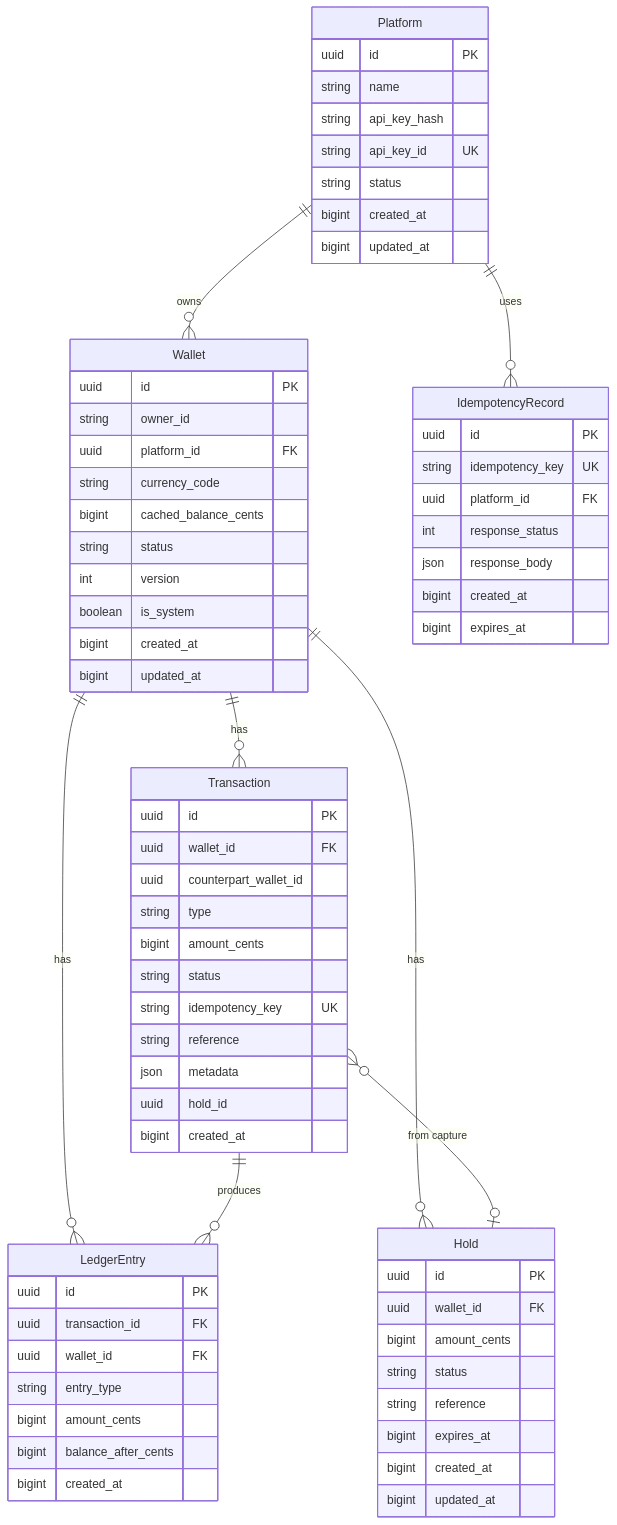
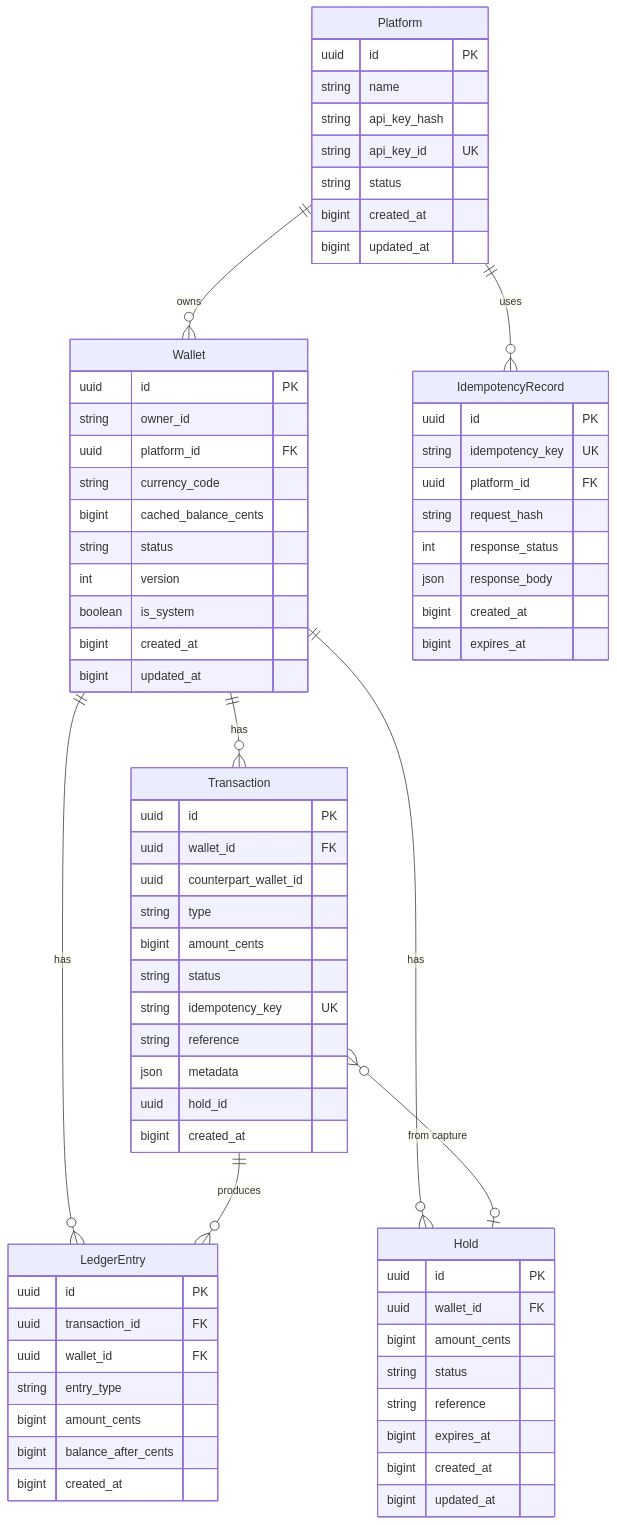
The diagram in docs/datamodel.md (danielsamaniego/wallet), drawn with Mermaid before and after one commit. The commit also changed other lines of this file and 6 other files, not shown here.

````diff
--- a/docs/datamodel.md
+++ b/docs/datamodel.md
@@ -9,78 +9,79 @@
 ```mermaid
 erDiagram
     Platform ||--o{ Wallet : owns
     Wallet ||--o{ Transaction : has
     Wallet ||--o{ LedgerEntry : has
     Wallet ||--o{ Hold : has
     Transaction ||--o{ LedgerEntry : produces
     Transaction }o--o| Hold : "from capture"
     Platform ||--o{ IdempotencyRecord : uses
 
     Platform {
         uuid id PK
         string name
         string api_key_hash
         string api_key_id UK
         string status
         bigint created_at
         bigint updated_at
     }
 
     Wallet {
         uuid id PK
         string owner_id
         uuid platform_id FK
         string currency_code
         bigint cached_balance_cents
         string status
         int version
         boolean is_system
         bigint created_at
         bigint updated_at
     }
 
     Transaction {
         uuid id PK
         uuid wallet_id FK
         uuid counterpart_wallet_id
         string type
         bigint amount_cents
         string status
         string idempotency_key UK
         string reference
         json metadata
         uuid hold_id
         bigint created_at
     }
 
     LedgerEntry {
         uuid id PK
         uuid transaction_id FK
         uuid wallet_id FK
         string entry_type
         bigint amount_cents
         bigint balance_after_cents
         bigint created_at
     }
 
     Hold {
         uuid id PK
         uuid wallet_id FK
         bigint amount_cents
         string status
         string reference
         bigint expires_at
         bigint created_at
         bigint updated_at
     }
 
     IdempotencyRecord {
         uuid id PK
         string idempotency_key UK
         uuid platform_id FK
+        string request_hash
         int response_status
         json response_body
         bigint created_at
         bigint expires_at
     }
 ```
````
